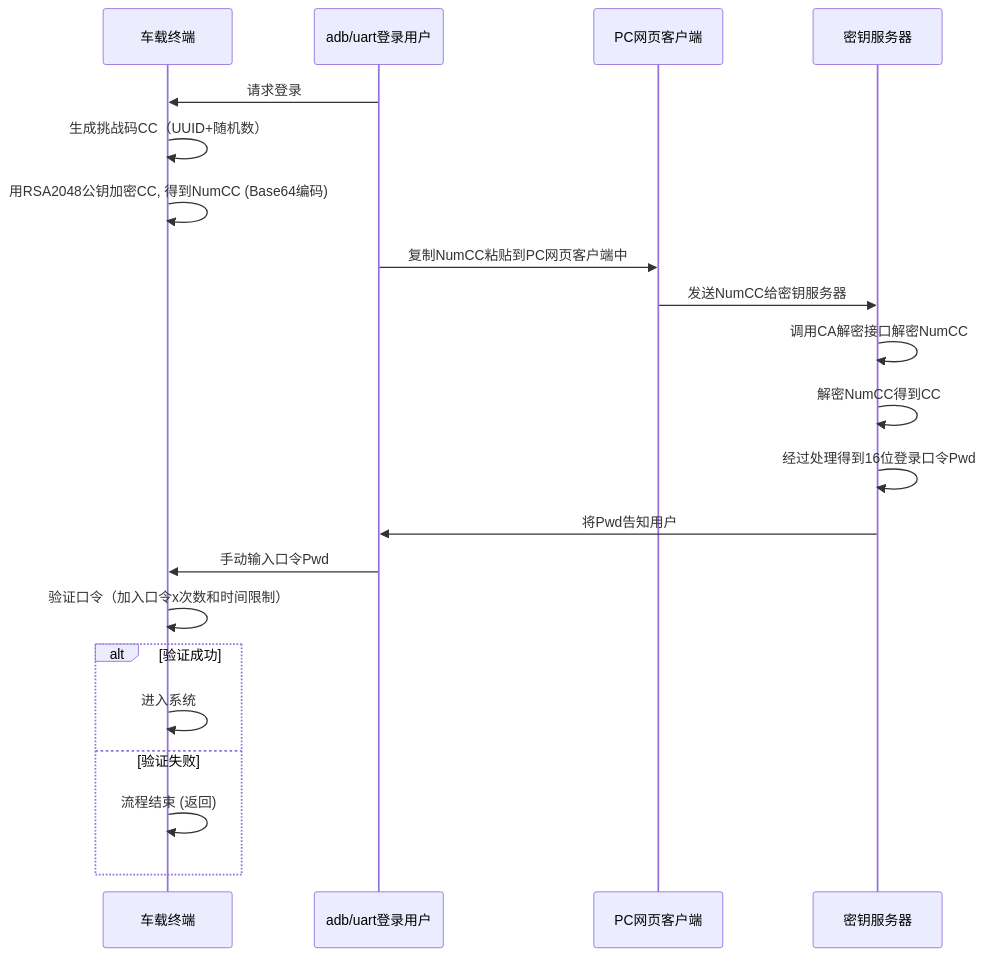
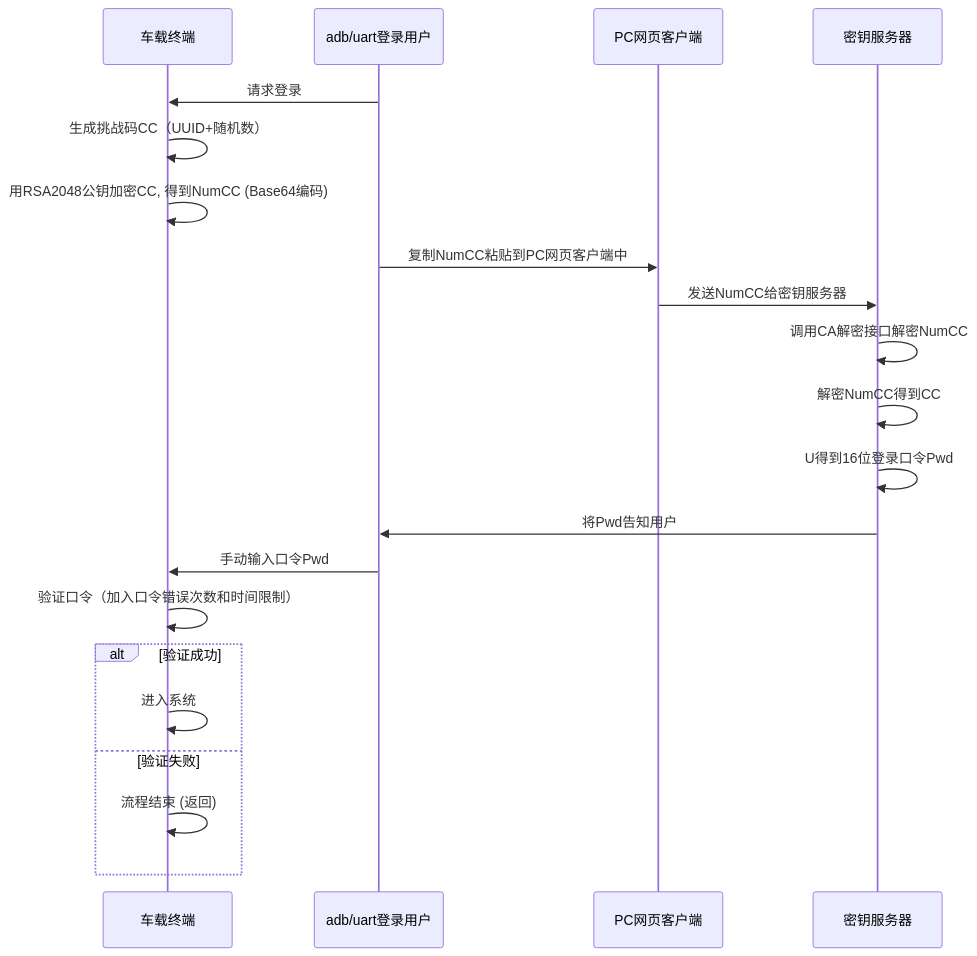
One commit to facebook-cloud/iodraw-files changed the diagram in all/未命名-14.md. Above: the diagram before and after it, drawn with Mermaid.

Commit message:
2026-02-03 13:34:15 update

````diff
--- a/all/未命名-14.md
+++ b/all/未命名-14.md
@@ -1,27 +1,27 @@
 ```mermaid
 sequenceDiagram
     participant tbox as 车载终端
     participant user as adb/uart登录用户
     participant pc as PC网页客户端
     participant tech_center as 密钥服务器
   
 
     user->>tbox: 请求登录
     tbox->>tbox: 生成挑战码CC（UUID+随机数）
     tbox->>tbox: 用RSA2048公钥加密CC, 得到NumCC (Base64编码)
     user->>pc: 复制NumCC粘贴到PC网页客户端中
     pc->>tech_center: 发送NumCC给密钥服务器
     tech_center->>tech_center: 调用CA解密接口解密NumCC
     tech_center->>tech_center: 解密NumCC得到CC
-    tech_center->>tech_center: 经过处理得到16位登录口令Pwd
+    tech_center->>tech_center: U得到16位登录口令Pwd
     tech_center->>user: 将Pwd告知用户
     user->>tbox: 手动输入口令Pwd
-    tbox->>tbox: 验证口令（加入口令x次数和时间限制）
+    tbox->>tbox: 验证口令（加入口令错误次数和时间限制）
     alt 验证成功
         tbox->>tbox: 进入系统
     else 验证失败
         tbox->>tbox: 流程结束 (返回)
     end
 
 
 ```
````
